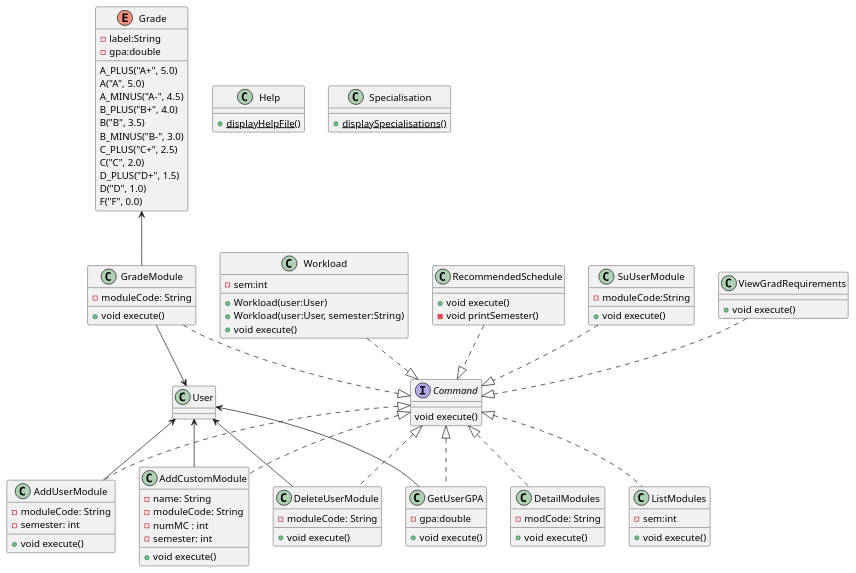
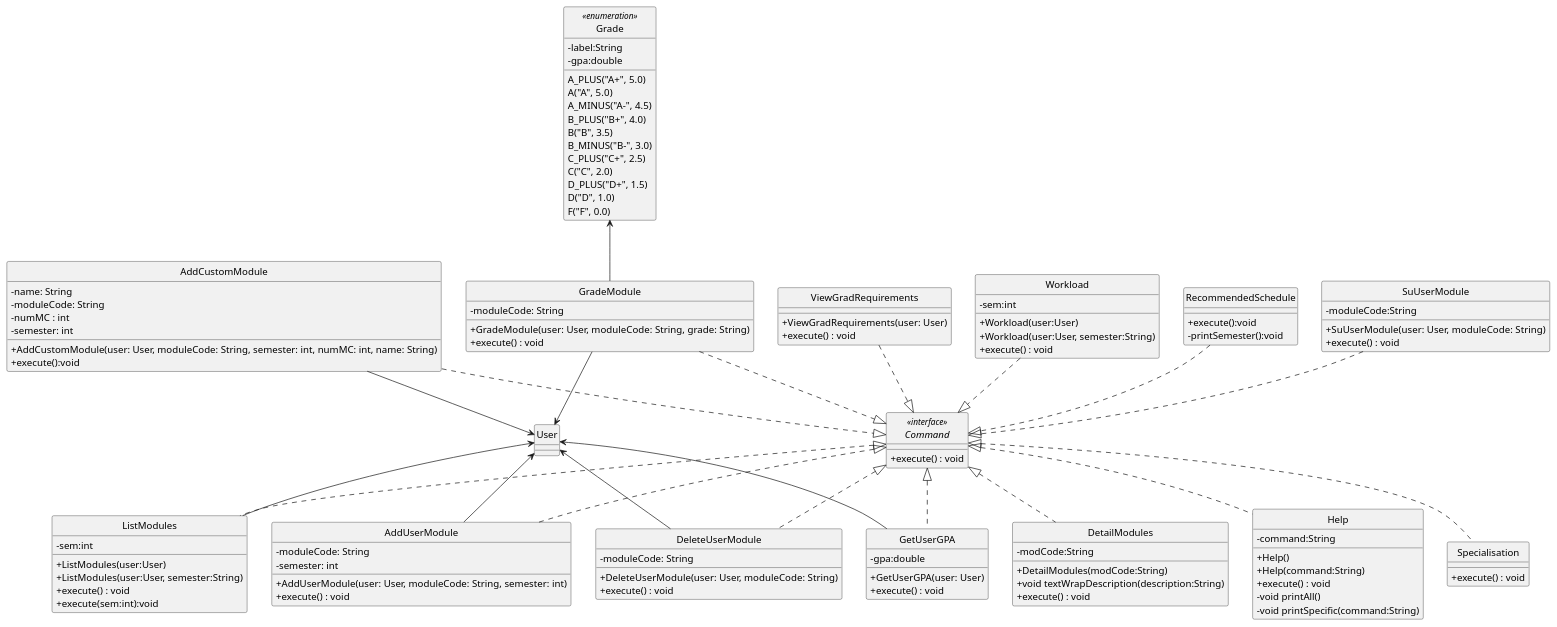
Before and after one commit to itsjoelha/tp: the diagram in docs/diagrams/Command.puml, drawn with PlantUML. The commit also changed 2 other files, not shown here.

Commit message:
update Command Diagram

```diff
--- a/docs/diagrams/Command.puml
+++ b/docs/diagrams/Command.puml
@@ -1,108 +1,132 @@
 @startuml
 'https://plantuml.com/class-diagram
+hide circle
+skinparam classAttributeIconSize 0
 
-
-interface Command {
-    void execute()
+interface Command <<interface>>{
+    +  execute() : void
 }
 class AddUserModule {
+    +AddUserModule(user: User, moduleCode: String, semester: int)
     - moduleCode: String
     - semester: int
-    + void execute()
+    + execute() : void
 }
 
 class AddCustomModule {
     -name: String
     -moduleCode: String
     -numMC : int
     -semester: int
-    + void execute()
+    + AddCustomModule(user: User, moduleCode: String, semester: int, numMC: int, name: String)
+    + execute():void
 }
 
 class DeleteUserModule {
++ DeleteUserModule(user: User, moduleCode: String)
 - moduleCode: String
-    + void execute()
+    + execute() : void
 }
 class DetailModules {
-    - modCode: String
-    + void execute()
+    - modCode:String
+    + DetailModules(modCode:String)
+    + void textWrapDescription(description:String)
+    + execute() : void
 }
+
 class GetUserGPA{
 - gpa:double
-    + void execute()
++ GetUserGPA(user: User)
+    + execute() : void
 }
 class GradeModule {
 - moduleCode: String
-    + void execute()
-}
-class Help {
-+ {static} displayHelpFile()
++ GradeModule(user: User, moduleCode: String, grade: String)
+    + execute() : void
 }
 
-class ListModules {
--sem:int
-    + void execute()
+class Help {
+    - command:String
+    + Help()
+    + Help(command:String)
+    + execute() : void
+    - void printAll()
+    - void printSpecific(command:String)
 }
 
+
+class ListModules {
+    - sem:int
+    + ListModules(user:User)
+    + ListModules(user:User, semester:String)
+    + execute() : void
+    + execute(sem:int):void
+}
 class RecommendedSchedule {
-        + void execute()
-        - void printSemester()
+    + execute():void
+    - printSemester():void
 }
 class Specialisation {
-+{static} displaySpecialisations()
++ execute() : void
 }
 class SuUserModule {
 -moduleCode:String
-+ void execute()
++ SuUserModule(user: User, moduleCode: String)
++ execute() : void
 }
 class ViewGradRequirements {
-+ void execute()
++ ViewGradRequirements(user: User)
++ execute() : void
 }
 class Workload {
 -sem:int
 +Workload(user:User)
 +Workload(user:User, semester:String)
-+void execute()
++execute() : void
 }
 
-enum Grade {
+enum Grade <<enumeration>>{
 -label:String
 -gpa:double
     A_PLUS("A+", 5.0)
     A("A", 5.0)
     A_MINUS("A-", 4.5)
     B_PLUS("B+", 4.0)
     B("B", 3.5)
     B_MINUS("B-", 3.0)
     C_PLUS("C+", 2.5)
     C("C", 2.0)
     D_PLUS("D+", 1.5)
     D("D", 1.0)
     F("F", 0.0)
 }
 
 class User
 
 User <-- GetUserGPA
 User <--AddUserModule
-User <--AddCustomModule
+AddCustomModule --> User
 User <-- DeleteUserModule
+User <-- ListModules
+
 GradeModule --> User
 Grade <-- GradeModule
 
+Command <|-[dashed]- Specialisation
 Command <|-[dashed]- AddUserModule
-Command <|-[dashed]- AddCustomModule
+
 Command <|-[dashed]- DeleteUserModule
 Command <|-[dashed]- DetailModules
 Command <|-[dashed]- GetUserGPA
 Command <|-[dashed]- ListModules
 
+Command <|.. Help
 SuUserModule -[dashed]-|> Command
 GradeModule -[dashed]-|> Command
 RecommendedSchedule -[dashed]-|> Command
 Workload -[dashed]-|> Command
 ViewGradRequirements-[dashed]-|> Command
-
+AddCustomModule-[dashed]-|> Command
 
 
 @enduml
```
